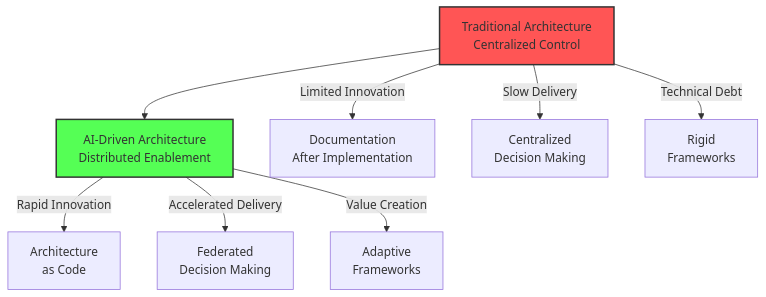
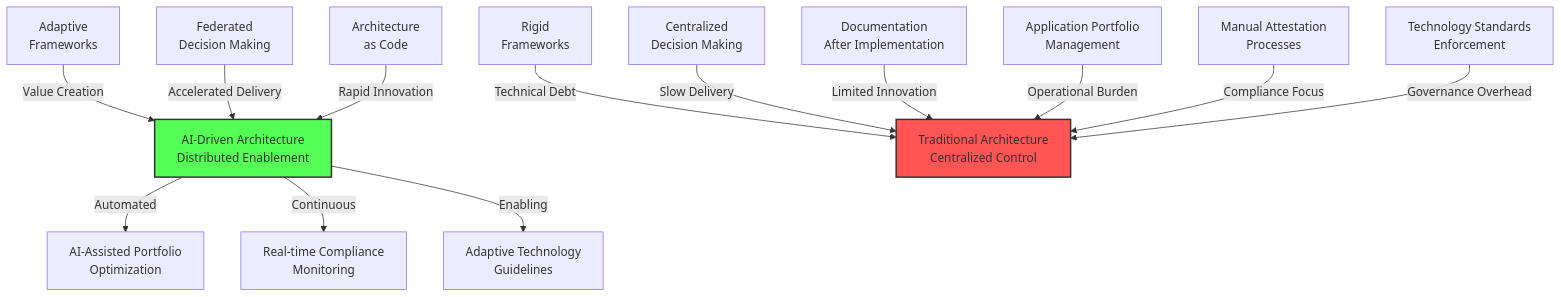
One commit to AliceNN-ucdenver/Iasa changed the first of 6 diagrams in cio-may.md. Above: the diagram before and after it, drawn with Mermaid. The commit also changed other lines of this file, not shown here.

````diff
--- a/cio-may.md
+++ b/cio-may.md
@@ -19,15 +19,21 @@
 ```mermaid
 graph TD
-    A[Traditional Architecture<br>Centralized Control] --> B[AI-Driven Architecture<br>Distributed Enablement]
+    H["Adaptive<br>Frameworks"] -->|Value Creation| B["AI-Driven Architecture<br>Distributed Enablement"]
+    G["Federated<br>Decision Making"] -->|Accelerated Delivery| B
+    F["Architecture<br>as Code"] -->|Rapid Innovation| B
     
-    A -->|Limited Innovation| C[Documentation<br>After Implementation]
-    A -->|Slow Delivery| D[Centralized<br>Decision Making]
-    A -->|Technical Debt| E[Rigid<br>Frameworks]
+    E["Rigid<br>Frameworks"] -->|Technical Debt| A["Traditional Architecture<br>Centralized Control"]
+    D["Centralized<br>Decision Making"] -->|Slow Delivery| A
+    C["Documentation<br>After Implementation"] -->|Limited Innovation| A
     
-    B -->|Rapid Innovation| F[Architecture<br>as Code]
-    B -->|Accelerated Delivery| G[Federated<br>Decision Making]
-    B -->|Value Creation| H[Adaptive<br>Frameworks]
+    I["Application Portfolio<br>Management"] -->|Operational Burden| A
+    J["Manual Attestation<br>Processes"] -->|Compliance Focus| A
+    K["Technology Standards<br>Enforcement"] -->|Governance Overhead| A
+    
+    B -->|Automated| L["AI-Assisted Portfolio<br>Optimization"]
+    B -->|Continuous| M["Real-time Compliance<br>Monitoring"]
+    B -->|Enabling| N["Adaptive Technology<br>Guidelines"]
     
     style A fill:#f55,stroke:#333,stroke-width:2px
     style B fill:#5f5,stroke:#333,stroke-width:2px
 ```
````
